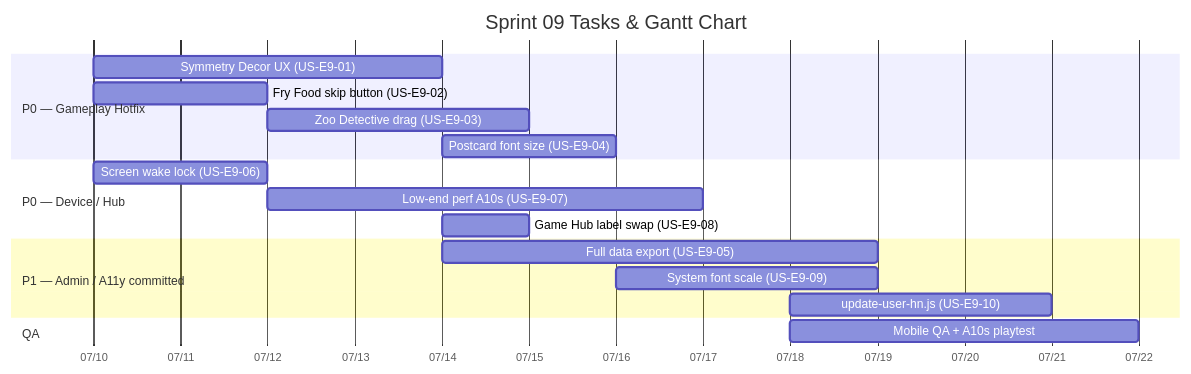
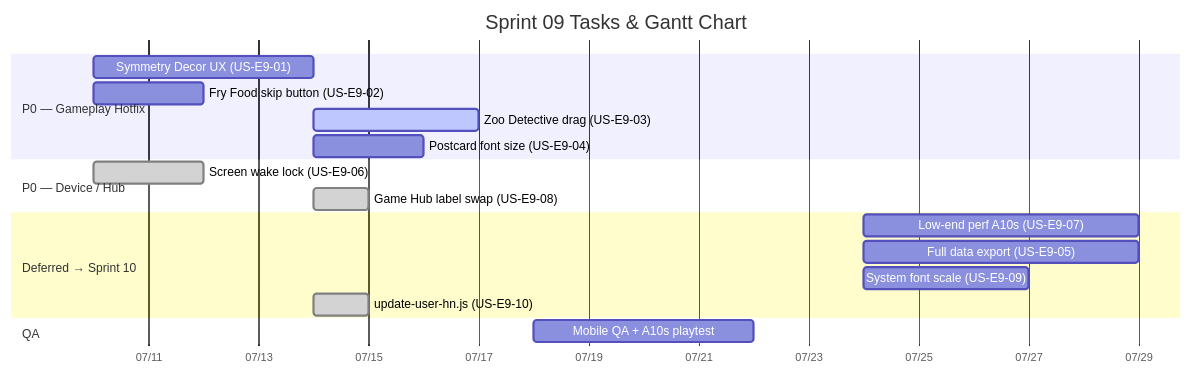
Before and after one commit to ChayutChanmueang/mci-cognitive-game-hub-dev-deploy: the diagram in docs/agile/sprint-backlogs/sprint-09.md, drawn with Mermaid. The commit also changed other lines of this file and 10 other files, not shown here.

Commit message:
docs: update changelog and user stories for Sprint 09; mark US-E9-03 as In Progress and defer US-E9-05, US-E9-07, US-E9-09 to Sprint 10

````diff
--- a/docs/agile/sprint-backlogs/sprint-09.md
+++ b/docs/agile/sprint-backlogs/sprint-09.md
@@ -11,21 +11,21 @@
 ```mermaid
 gantt
     title Sprint 09 Tasks & Gantt Chart
     dateFormat  YYYY-MM-DD
     axisFormat  %m/%d
     section P0 — Gameplay Hotfix
     Symmetry Decor UX (US-E9-01)     :t1, 2026-07-10, 4d
     Fry Food skip button (US-E9-02)  :t2, 2026-07-10, 2d
-    Zoo Detective drag (US-E9-03)    :t3, 2026-07-12, 3d
+    Zoo Detective drag (US-E9-03)    :active, t3, 2026-07-14, 3d
     Postcard font size (US-E9-04)    :t4, 2026-07-14, 2d
     section P0 — Device / Hub
-    Screen wake lock (US-E9-06)      :t6, 2026-07-10, 2d
-    Low-end perf A10s (US-E9-07)     :t7, 2026-07-12, 5d
-    Game Hub label swap (US-E9-08)   :t8, 2026-07-14, 1d
-    section P1 — Admin / A11y committed
-    Full data export (US-E9-05)      :t5, 2026-07-14, 5d
-    System font scale (US-E9-09)     :t9, 2026-07-16, 3d
-    update-user-hn.js (US-E9-10)     :t11, 2026-07-18, 3d
+    Screen wake lock (US-E9-06)      :done, t6, 2026-07-10, 2d
+    Game Hub label swap (US-E9-08)   :done, t8, 2026-07-14, 1d
+    section Deferred → Sprint 10
+    Low-end perf A10s (US-E9-07)     :t7, 2026-07-24, 5d
+    Full data export (US-E9-05)      :t5, 2026-07-24, 5d
+    System font scale (US-E9-09)     :t9, 2026-07-24, 3d
+    update-user-hn.js (US-E9-10)     :done, t11, 2026-07-14, 1d
     section QA
     Mobile QA + A10s playtest      :q1, 2026-07-18, 4d
 ```
````
